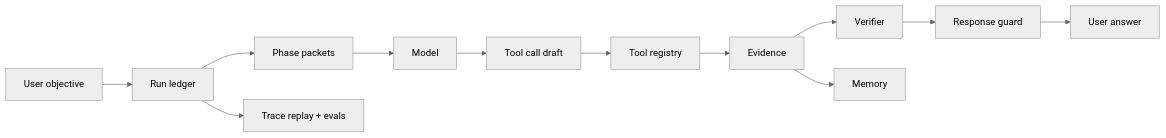
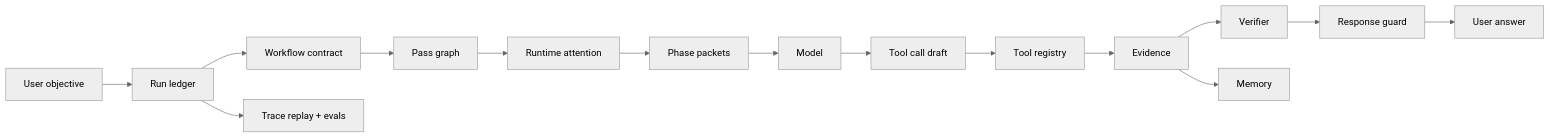
One commit to theshovonsaha/shovsOS changed the first of 2 diagrams in README.md. Above: the diagram before and after it, drawn with Mermaid (neutral theme). The commit also changed other lines of this file and 99 other files, not shown here.

````diff
--- a/README.md
+++ b/README.md
@@ -81,14 +103,17 @@
 ```mermaid
 flowchart LR
   A["User objective"] --> B["Run ledger"]
-  B --> C["Phase packets"]
+  B --> BC["Workflow contract"]
+  BC --> BD["Pass graph"]
+  BD --> BA["Runtime attention"]
+  BA --> C["Phase packets"]
   C --> D["Model"]
   D --> E["Tool call draft"]
   E --> F["Tool registry"]
   F --> G["Evidence"]
   G --> H["Verifier"]
   H --> I["Response guard"]
   I --> J["User answer"]
   G --> K["Memory"]
   B --> L["Trace replay + evals"]
 ```
````
